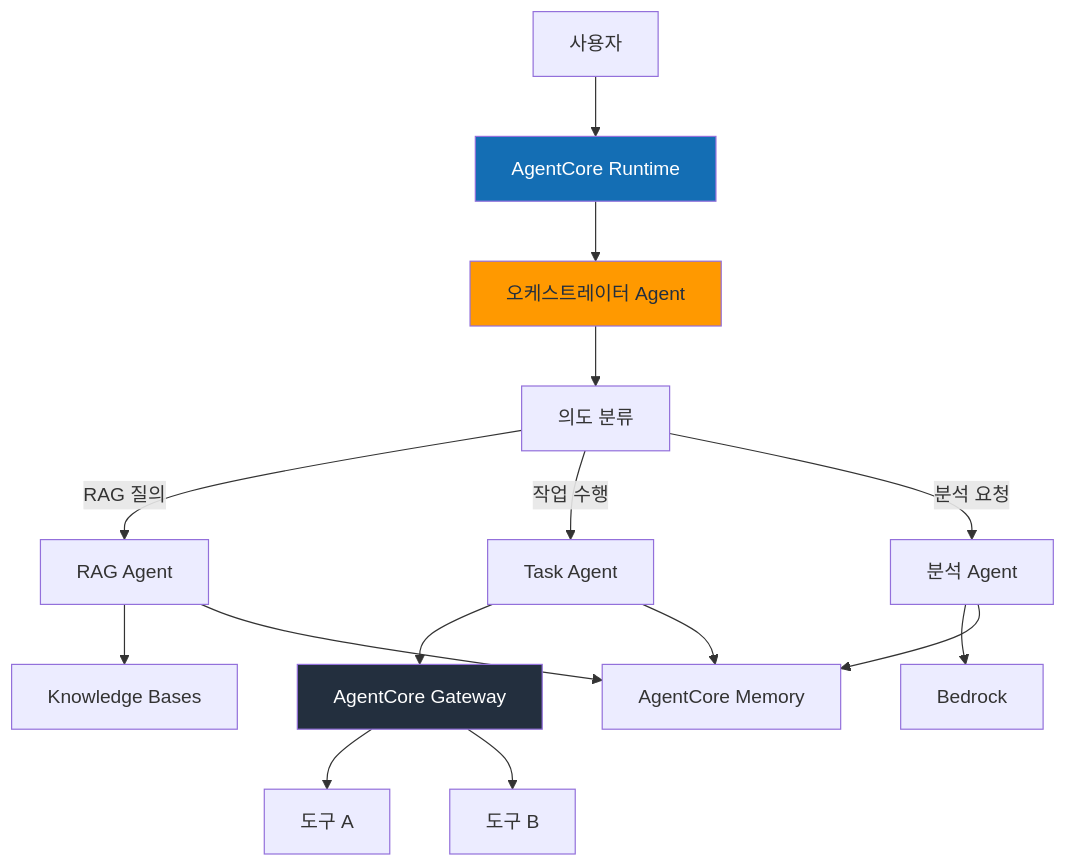
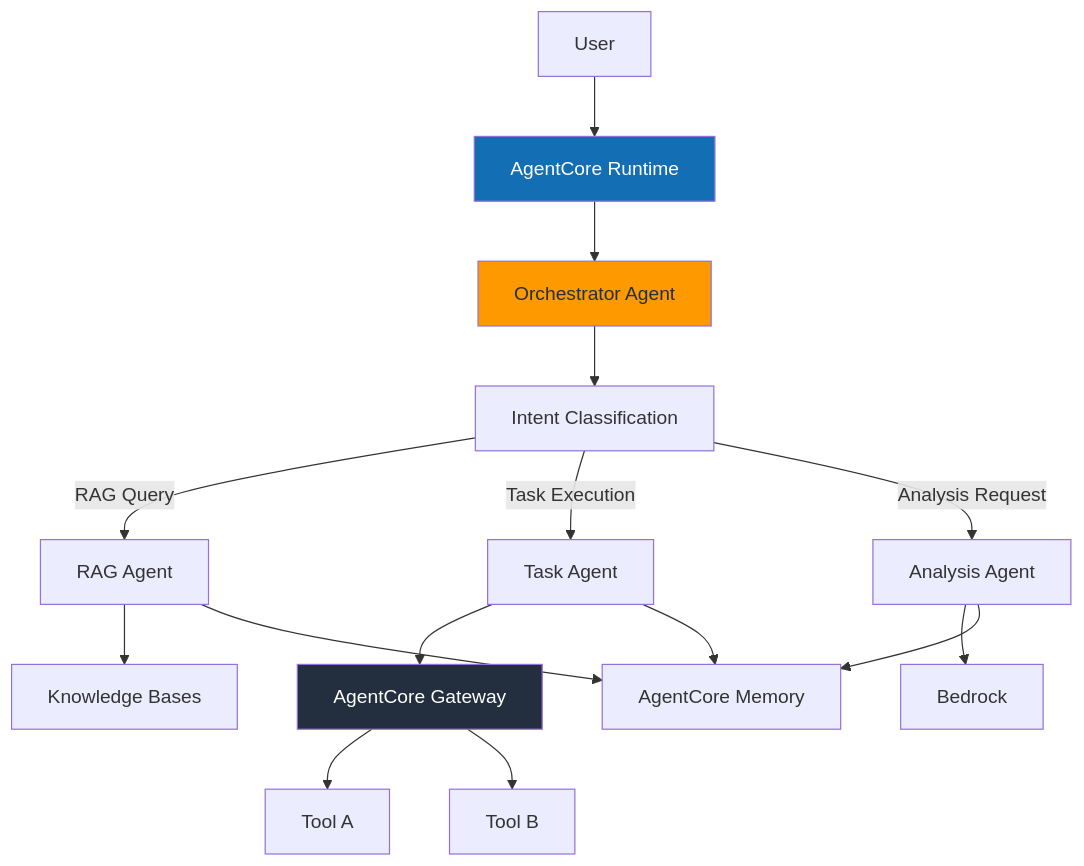
Before and after one commit to devfloor9/engineering-playbook: the fourth of 5 diagrams in i18n/en/docusaurus-plugin-content-docs/current/agentic-ai-platform/design-architecture/aws-native-agentic-platform.md, drawn with Mermaid. The commit also changed other lines of this file and 16 other files, not shown here.

````diff
--- a/i18n/en/docusaurus-plugin-content-docs/current/agentic-ai-platform/design-architecture/aws-native-agentic-platform.md
+++ b/i18n/en/docusaurus-plugin-content-docs/current/agentic-ai-platform/design-architecture/aws-native-agentic-platform.md
@@ -341,23 +341,23 @@
 ```mermaid
 graph TD
-    User["사용자"] --> Runtime["AgentCore Runtime"]
-    Runtime --> Orchestrator["오케스트레이터 Agent"]
-    Orchestrator --> Classifier["의도 분류"]
-    Classifier -->|"RAG 질의"| RAGAgent["RAG Agent"]
-    Classifier -->|"작업 수행"| TaskAgent["Task Agent"]
-    Classifier -->|"분석 요청"| AnalysisAgent["분석 Agent"]
+    User["User"] --> Runtime["AgentCore Runtime"]
+    Runtime --> Orchestrator["Orchestrator Agent"]
+    Orchestrator --> Classifier["Intent Classification"]
+    Classifier -->|"RAG Query"| RAGAgent["RAG Agent"]
+    Classifier -->|"Task Execution"| TaskAgent["Task Agent"]
+    Classifier -->|"Analysis Request"| AnalysisAgent["Analysis Agent"]
 
     RAGAgent --> KB["Knowledge Bases"]
     TaskAgent --> Gateway["AgentCore Gateway"]
-    Gateway --> Tool1["도구 A"]
-    Gateway --> Tool2["도구 B"]
+    Gateway --> Tool1["Tool A"]
+    Gateway --> Tool2["Tool B"]
     AnalysisAgent --> Bedrock["Bedrock"]
 
     RAGAgent --> Memory["AgentCore Memory"]
     TaskAgent --> Memory
     AnalysisAgent --> Memory
 
     style Runtime fill:#146EB4,color:#fff
     style Orchestrator fill:#FF9900,color:#232F3E
     style Gateway fill:#232F3E,color:#fff
 ```
````
